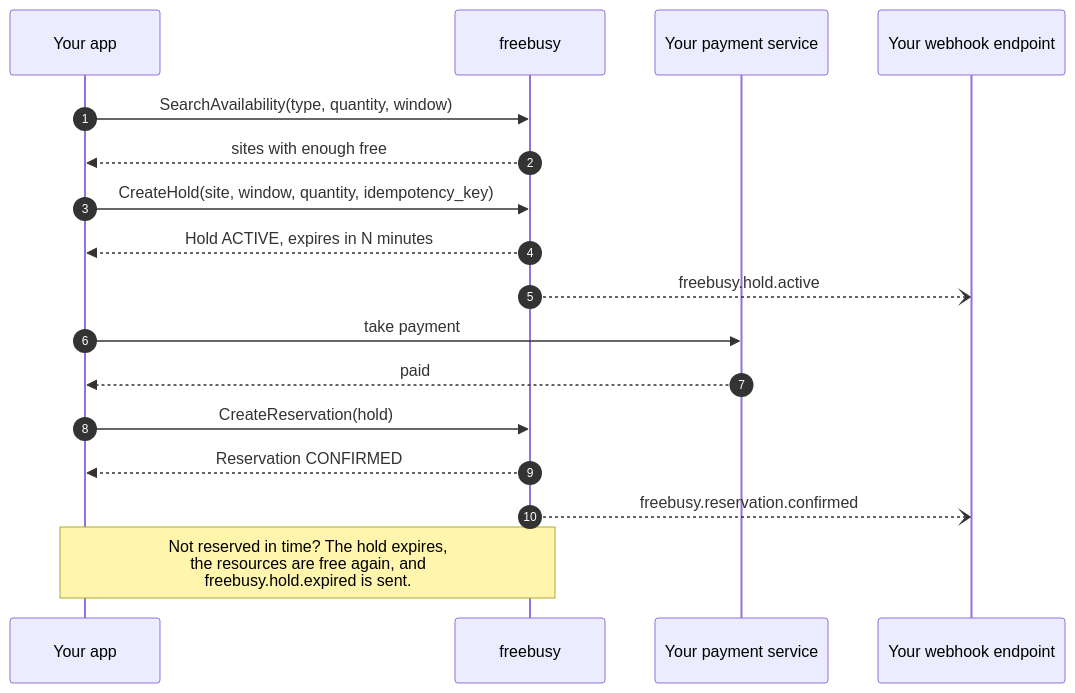
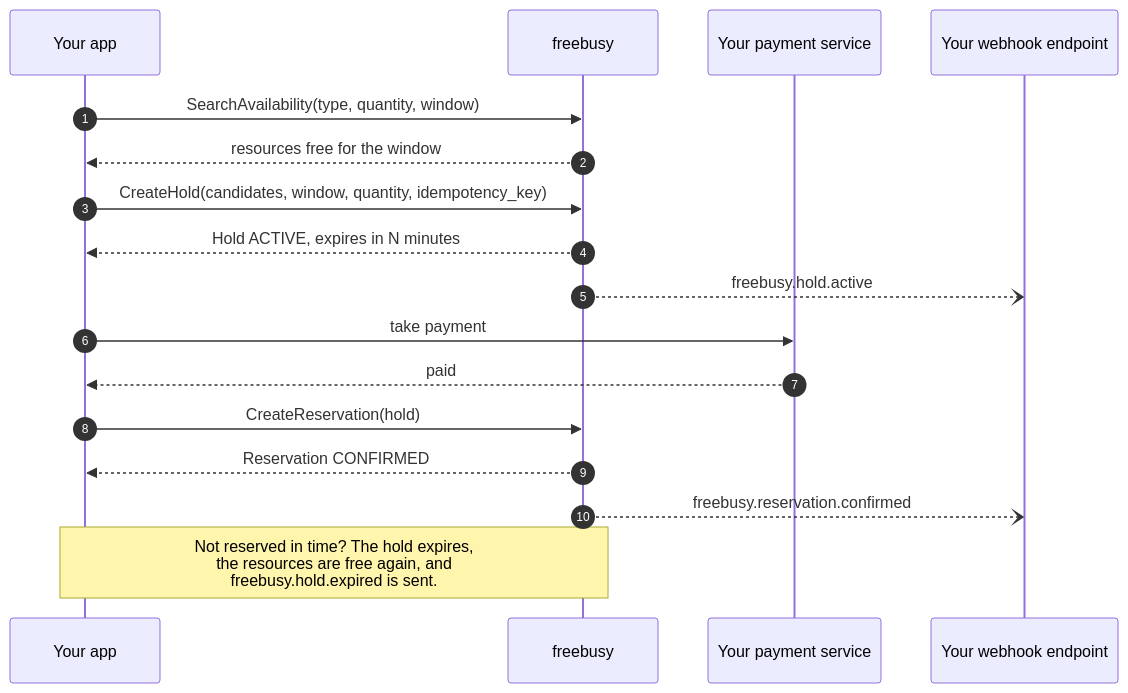
The fourth of 8 diagrams in README.md (shokki-engineering/freebusy), drawn with Mermaid before and after one commit. The commit also changed other lines of this file and 229 other files, not shown here.

````diff
--- a/README.md
+++ b/README.md
@@ -164,20 +163,20 @@
 ```mermaid
 sequenceDiagram
     autonumber
     participant C as Your app
     participant F as freebusy
     participant P as Your payment service
     participant W as Your webhook endpoint
 
     C->>F: SearchAvailability(type, quantity, window)
-    F-->>C: sites with enough free
-    C->>F: CreateHold(site, window, quantity, idempotency_key)
+    F-->>C: resources free for the window
+    C->>F: CreateHold(candidates, window, quantity, idempotency_key)
     F-->>C: Hold ACTIVE, expires in N minutes
     F--)W: freebusy.hold.active
     C->>P: take payment
     P-->>C: paid
     C->>F: CreateReservation(hold)
     F-->>C: Reservation CONFIRMED
     F--)W: freebusy.reservation.confirmed
     Note over C,F: Not reserved in time? The hold expires,<br/>the resources are free again, and<br/>freebusy.hold.expired is sent.
 ```
````
